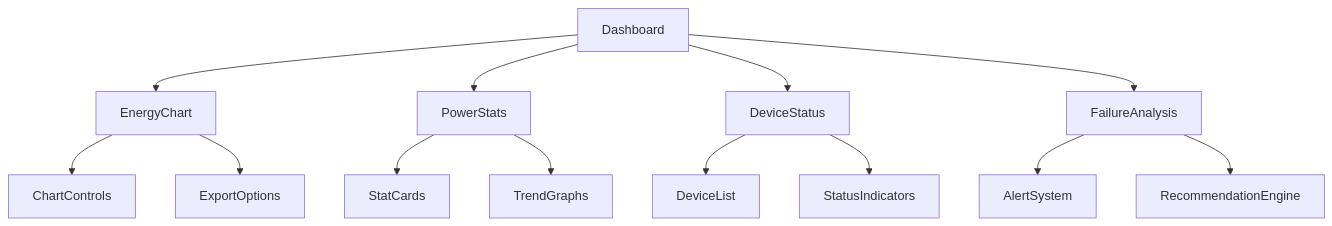
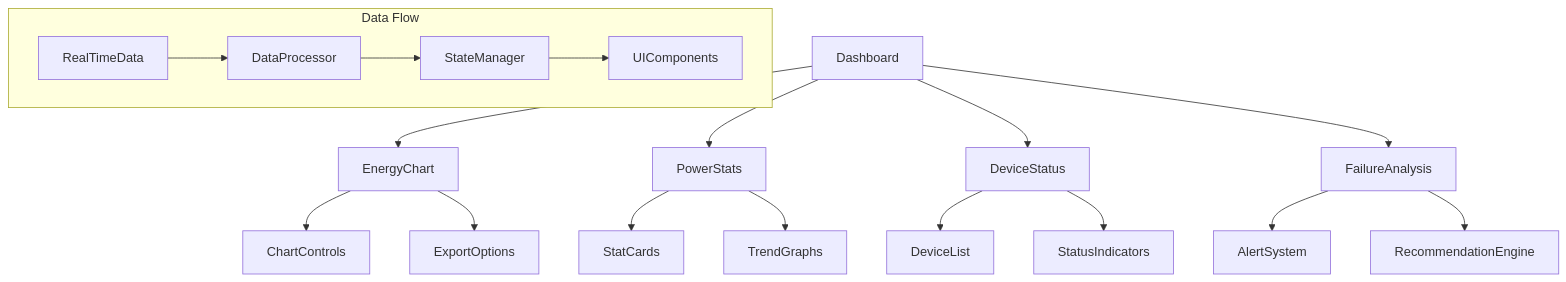
The third of 3 diagrams in src/docs/Architecture.md (rrsartneoai/smart-grid-gems-37-50), drawn with Mermaid before and after one commit. The commit also changed other lines of this file, not shown here.

First line of the commit message:
Add diagram generation query for dashboard

````diff
--- a/src/docs/Architecture.md
+++ b/src/docs/Architecture.md
@@ -109,15 +183,25 @@
 ```mermaid
 graph TD
-  A[Dashboard] --> B[EnergyChart]
-  A --> C[PowerStats]
-  A --> D[DeviceStatus]
-  A --> E[FailureAnalysis]
-  B --> F[ChartControls]
-  B --> G[ExportOptions]
-  C --> H[StatCards]
-  C --> I[TrendGraphs]
-  D --> J[DeviceList]
-  D --> K[StatusIndicators]
-  E --> L[AlertSystem]
-  E --> M[RecommendationEngine]
+    A[Dashboard] --> B[EnergyChart]
+    A --> C[PowerStats]
+    A --> D[DeviceStatus]
+    A --> E[FailureAnalysis]
+    
+    B --> F[ChartControls]
+    B --> G[ExportOptions]
+    
+    C --> H[StatCards]
+    C --> I[TrendGraphs]
+    
+    D --> J[DeviceList]
+    D --> K[StatusIndicators]
+    
+    E --> L[AlertSystem]
+    E --> M[RecommendationEngine]
+    
+    subgraph "Data Flow"
+        N[RealTimeData] --> O[DataProcessor]
+        O --> P[StateManager]
+        P --> Q[UIComponents]
+    end
 ```
````
